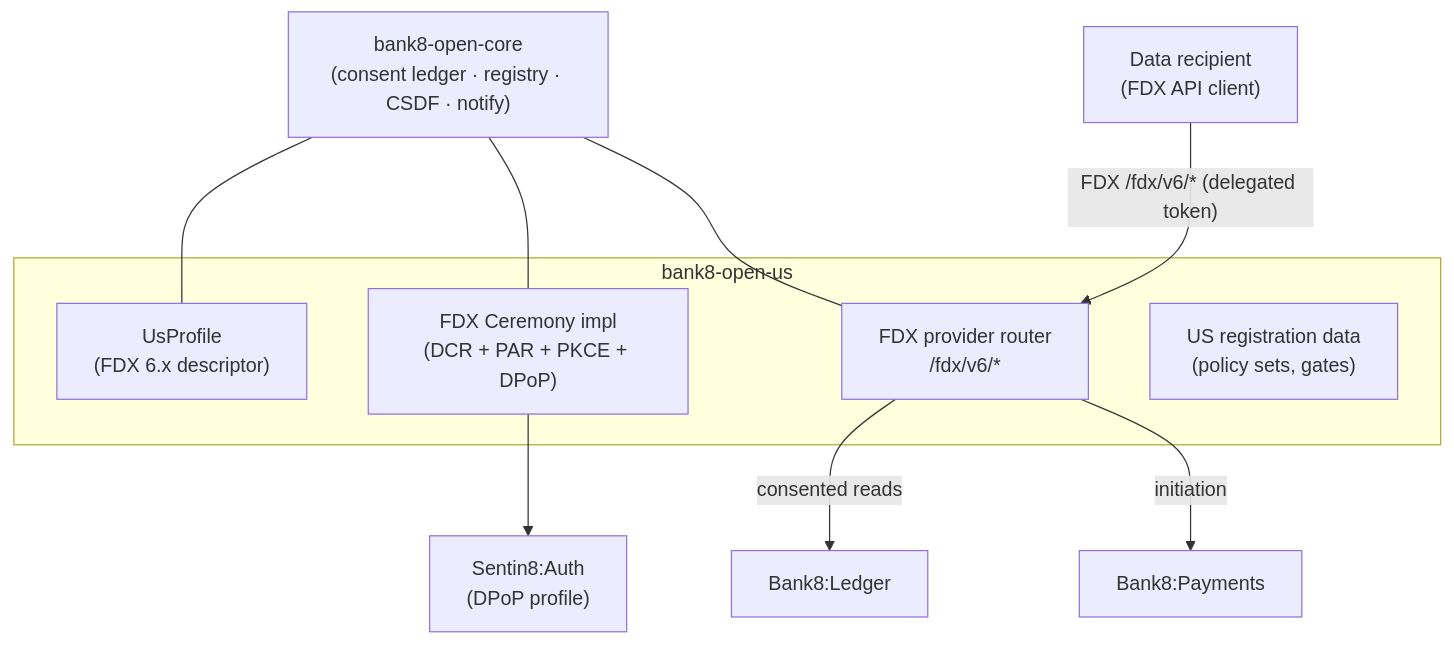
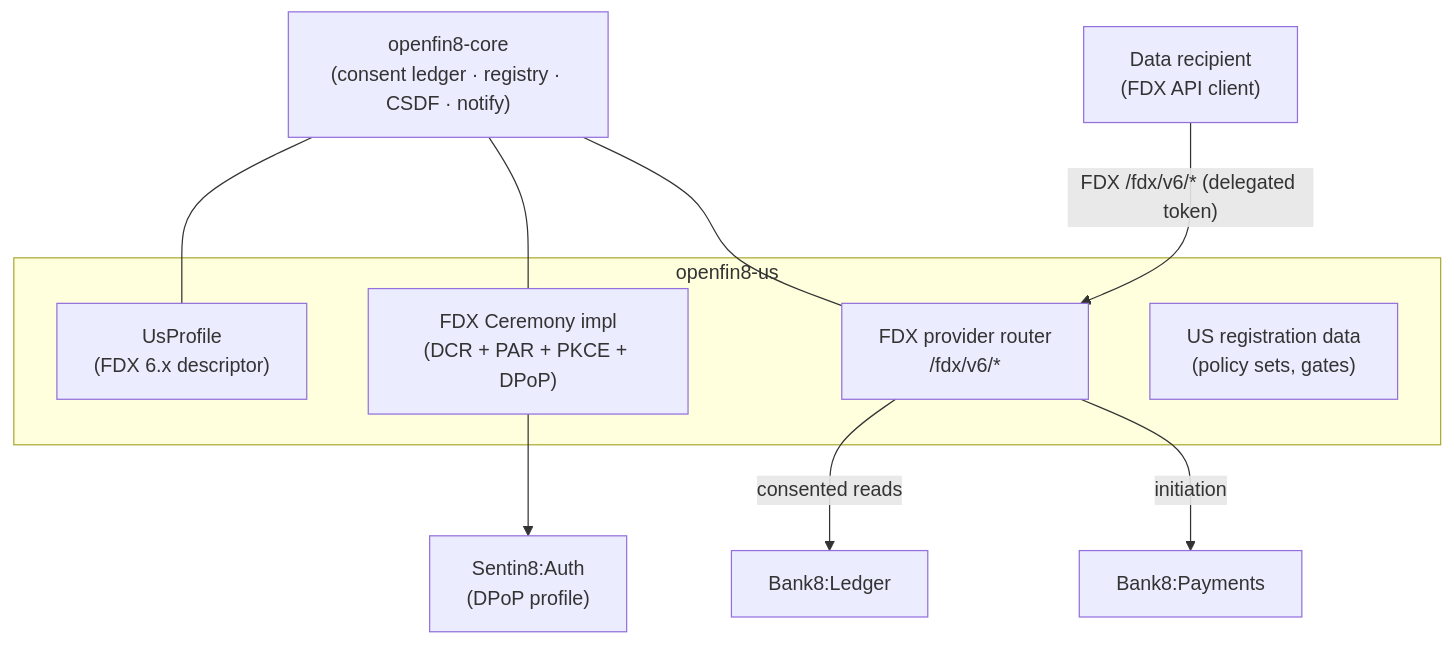
Before and after one commit to OpenFin8/openfin8-us: the diagram in README.md, drawn with Mermaid. The commit also changed other lines of this file and 17 other files, not shown here.

First line of the commit message:
OBVERT-2: the OpenFin8 vertical identity - openfin8-us

````diff
--- a/README.md
+++ b/README.md
@@ -56,19 +56,19 @@
 ```mermaid
 graph TD
-    subgraph "bank8-open-us"
+    subgraph "openfin8-us"
         PROF["UsProfile<br/>(FDX 6.x descriptor)"]
         CER["FDX Ceremony impl<br/>(DCR + PAR + PKCE + DPoP)"]
         WIRE["FDX provider router<br/>/fdx/v6/*"]
         REG["US registration data<br/>(policy sets, gates)"]
     end
-    CORE["bank8-open-core<br/>(consent ledger · registry · CSDF · notify)"]
+    CORE["openfin8-core<br/>(consent ledger · registry · CSDF · notify)"]
     AUTH["Sentin8:Auth<br/>(DPoP profile)"]
     LEDGER["Bank8:Ledger"]
     PAY["Bank8:Payments"]
     RECIP["Data recipient<br/>(FDX API client)"]
     RECIP -- "FDX /fdx/v6/* (delegated token)" --> WIRE
     CORE --- PROF & CER & WIRE
     CER --> AUTH
     WIRE -- "consented reads" --> LEDGER
     WIRE -- "initiation" --> PAY
 ```
````
